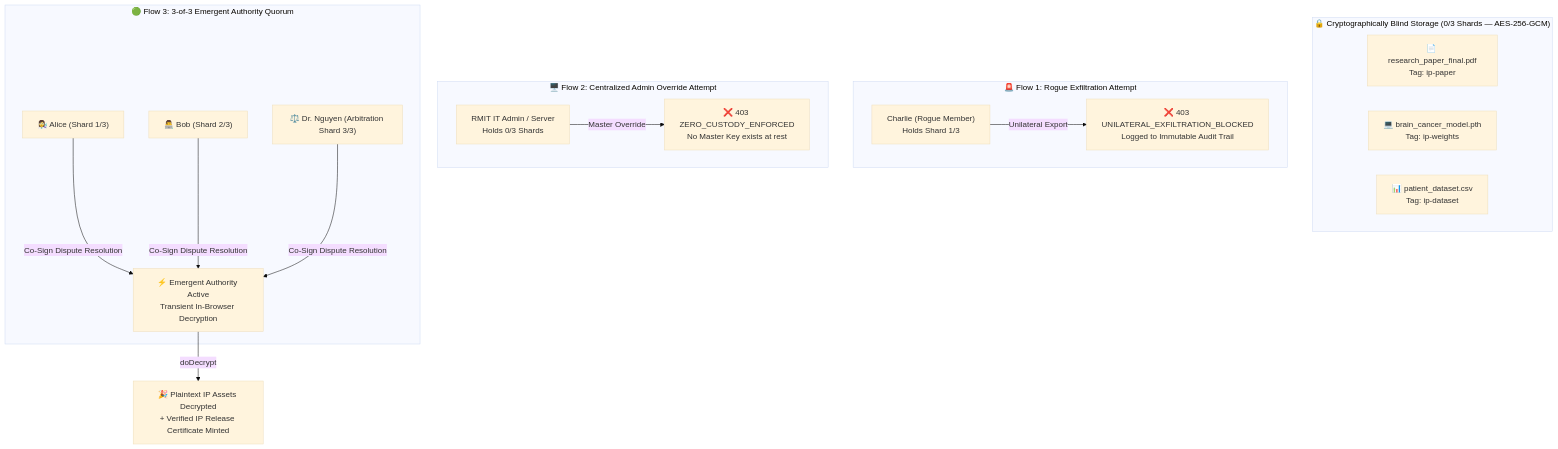
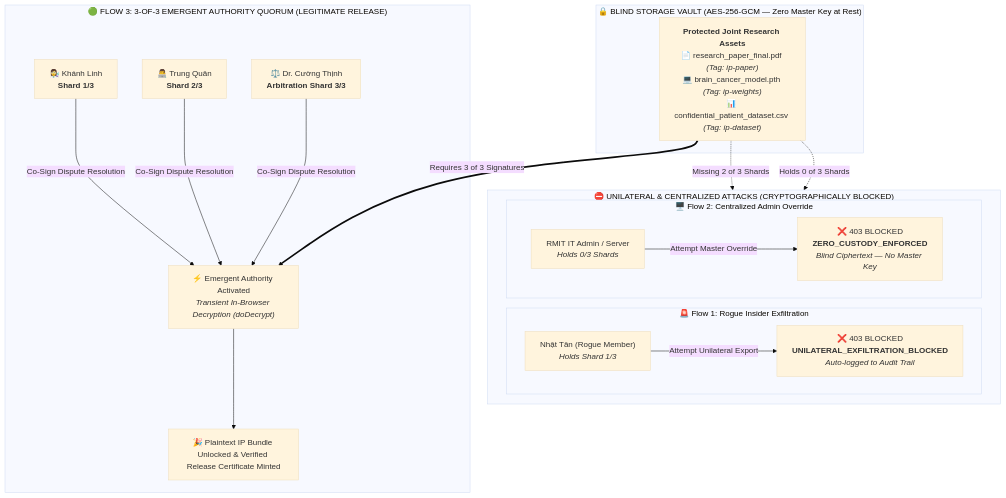
One commit to Thinh-gitgood/RMIT_SGS_BakhiBachKhoa_C2 changed the diagram in README.md. Above: the diagram before and after it, drawn with Mermaid (base theme). The commit also changed other lines of this file and 10 other files, not shown here.

````diff
--- a/README.md
+++ b/README.md
@@ -32,23 +32,29 @@
 ```mermaid
 flowchart TD
-    subgraph Storage["🔒 Cryptographically Blind Storage (0/3 Shards — AES-256-GCM)"]
-        direction LR
-        P1["📄 research_paper_final.pdf<br/>Tag: ip-paper"]
-        P2["💻 brain_cancer_model.pth<br/>Tag: ip-weights"]
-        P3["📊 patient_dataset.csv<br/>Tag: ip-dataset"]
+    subgraph Vault["🔒 BLIND STORAGE VAULT (AES-256-GCM — Zero Master Key at Rest)"]
+        Assets["<b>Protected Joint Research Assets</b><br/>📄 research_paper_final.pdf <i>(Tag: ip-paper)</i><br/>💻 brain_cancer_model.pth <i>(Tag: ip-weights)</i><br/>📊 confidential_patient_dataset.csv <i>(Tag: ip-dataset)</i>"]
     end
 
-    subgraph Flow1["🚨 Flow 1: Rogue Exfiltration Attempt"]
-        Charlie["Charlie (Rogue Member)<br/>Holds Shard 1/3"] -->|Unilateral Export| Blk1["❌ 403 UNILATERAL_EXFILTRATION_BLOCKED<br/>Logged to Immutable Audit Trail"]
+    subgraph Blocked["⛔ UNILATERAL & CENTRALIZED ATTACKS (CRYPTOGRAPHICALLY BLOCKED)"]
+        direction LR
+        subgraph Rogue["🚨 Flow 1: Rogue Insider Exfiltration"]
+            C["Nhật Tân (Rogue Member)<br/><i>Holds Shard 1/3</i>"] -->|Attempt Unilateral Export| E1["❌ 403 BLOCKED<br/><b>UNILATERAL_EXFILTRATION_BLOCKED</b><br/><i>Auto-logged to Audit Trail</i>"]
+        end
+        subgraph Admin["🖥️ Flow 2: Centralized Admin Override"]
+            A["RMIT IT Admin / Server<br/><i>Holds 0/3 Shards</i>"] -->|Attempt Master Override| E2["❌ 403 BLOCKED<br/><b>ZERO_CUSTODY_ENFORCED</b><br/><i>Blind Ciphertext — No Master Key</i>"]
+        end
     end
 
-    subgraph Flow2["🖥️ Flow 2: Centralized Admin Override Attempt"]
-        SysAdmin["RMIT IT Admin / Server<br/>Holds 0/3 Shards"] -->|Master Override| Blk2["❌ 403 ZERO_CUSTODY_ENFORCED<br/>No Master Key exists at rest"]
+    subgraph Quorum["🟢 FLOW 3: 3-OF-3 EMERGENT AUTHORITY QUORUM (LEGITIMATE RELEASE)"]
+        Linh["👩‍🔬 Khánh Linh<br/><b>Shard 1/3</b>"]
+        Quan["👨‍💻 Trung Quân<br/><b>Shard 2/3</b>"]
+        Thinh["⚖️ Dr. Cường Thịnh<br/><b>Arbitration Shard 3/3</b>"]
+
+        Linh & Quan & Thinh -->|Co-Sign Dispute Resolution| EA["⚡ Emergent Authority Activated<br/><i>Transient In-Browser Decryption (doDecrypt)</i>"]
+        EA --> Success["🎉 Plaintext IP Bundle Unlocked & Verified Release Certificate Minted"]
     end
 
-    subgraph Flow3["🟢 Flow 3: 3-of-3 Emergent Authority Quorum"]
-        Alice["👩‍🔬 Alice (Shard 1/3)"] & Bob["👨‍💻 Bob (Shard 2/3)"] & Nguyen["⚖️ Dr. Nguyen (Arbitration Shard 3/3)"] -->|Co-Sign Dispute Resolution| EA["⚡ Emergent Authority Active<br/>Transient In-Browser Decryption"]
-    end
-
-    EA -->|doDecrypt| Success["🎉 Plaintext IP Assets Decrypted<br/>+ Verified IP Release Certificate Minted"]
+    Assets -.->|Missing 2 of 3 Shards| C
+    Assets -.->|Holds 0 of 3 Shards| A
+    Assets ==>|Requires 3 of 3 Signatures| EA
 ```
````
